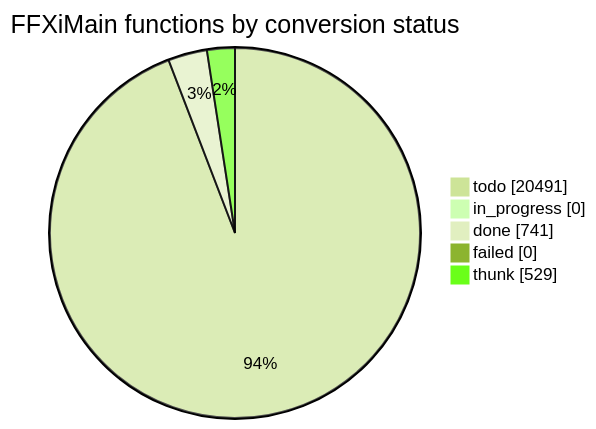
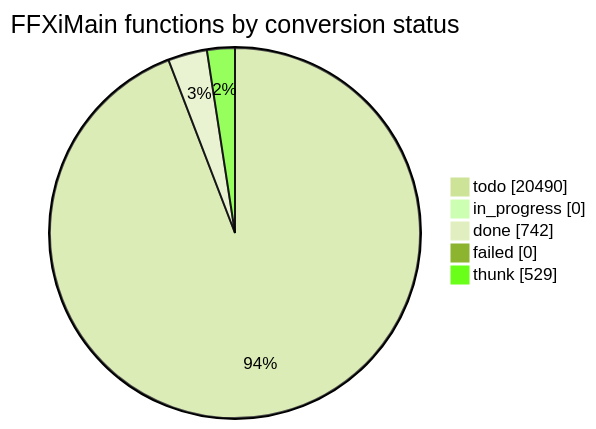
The diagram in docs/cow/STATUS.md (cowrevenge/cow_kuluu_xi_anything), drawn with Mermaid (forest theme) before and after one commit. The commit also changed other lines of this file and 9 other files, not shown here.

````diff
--- a/docs/cow/STATUS.md
+++ b/docs/cow/STATUS.md
@@ -18,9 +18,9 @@
 ```mermaid
 pie showData
     title FFXiMain functions by conversion status
-    "todo" : 20491
+    "todo" : 20490
     "in_progress" : 0
-    "done" : 741
+    "done" : 742
     "failed" : 0
     "thunk" : 529
 ```
````
